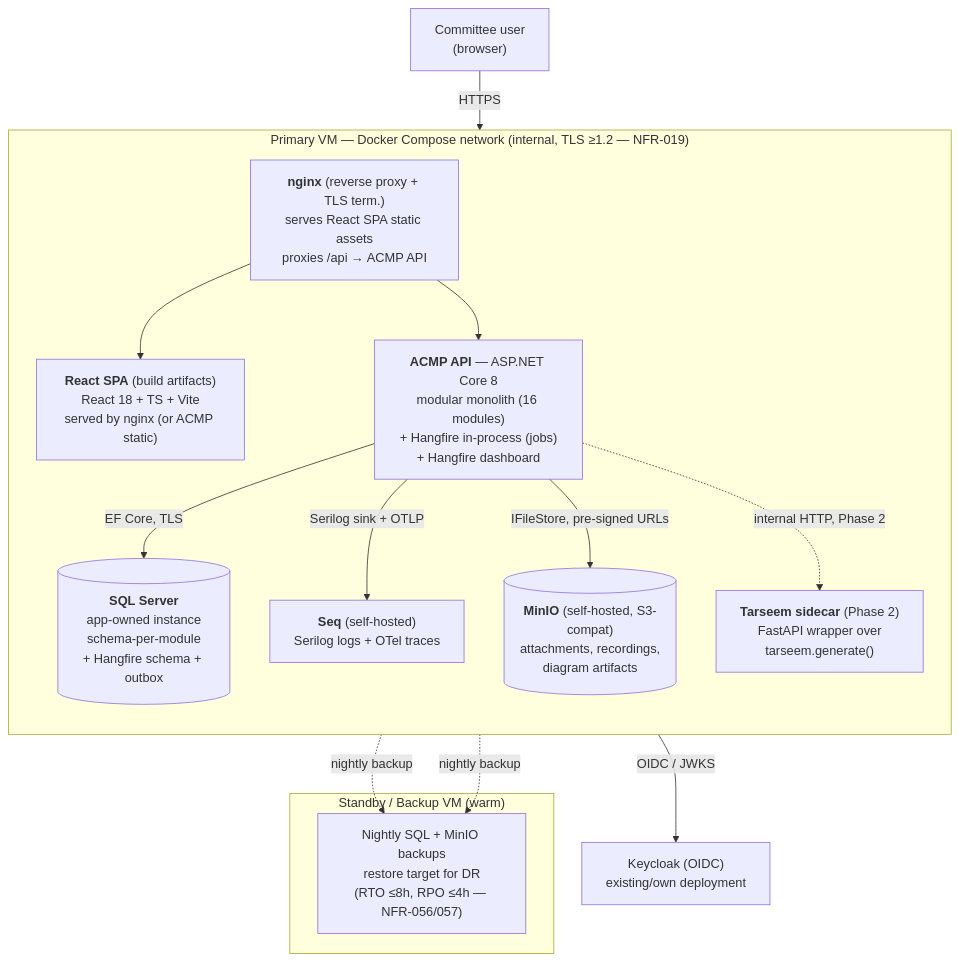
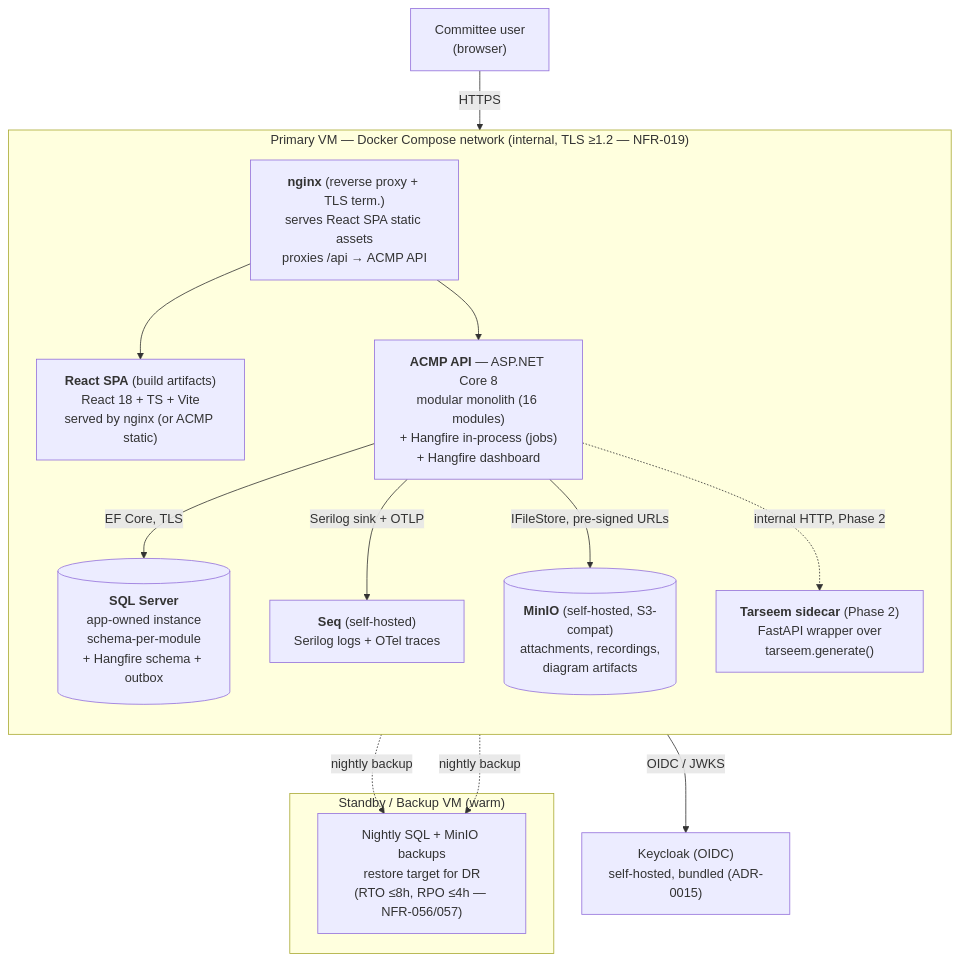
Before and after one commit to A-H-911/acmp: the second of 6 diagrams in docs/15-architecture.md, drawn with Mermaid. The commit also changed other lines of this file and 39 other files, not shown here.

````diff
--- a/docs/15-architecture.md
+++ b/docs/15-architecture.md
@@ -104,33 +104,33 @@
 ```mermaid
 flowchart TB
     user["Committee user<br/>(browser)"]
 
     subgraph VM1["Primary VM — Docker Compose network (internal, TLS ≥1.2 — NFR-019)"]
         direction TB
         nginx["<b>nginx</b> (reverse proxy + TLS term.)<br/>serves React SPA static assets<br/>proxies /api → ACMP API"]
         spa["<b>React SPA</b> (build artifacts)<br/>React 18 + TS + Vite<br/>served by nginx (or ACMP static)"]
         api["<b>ACMP API</b> — ASP.NET Core 8<br/>modular monolith (16 modules)<br/>+ Hangfire in-process (jobs)<br/>+ Hangfire dashboard"]
         sql[("<b>SQL Server</b><br/>app-owned instance<br/>schema-per-module<br/>+ Hangfire schema + outbox")]
         seq["<b>Seq</b> (self-hosted)<br/>Serilog logs + OTel traces"]
         minio[("<b>MinIO</b> (self-hosted, S3-compat)<br/>attachments, recordings,<br/>diagram artifacts")]
         tz["<b>Tarseem sidecar</b> (Phase 2)<br/>FastAPI wrapper over<br/>tarseem.generate()"]
 
         nginx --> spa
         nginx --> api
         api -->|EF Core, TLS| sql
         api -->|Serilog sink + OTLP| seq
         api -->|IFileStore, pre-signed URLs| minio
         api -.->|internal HTTP, Phase 2| tz
     end
 
     subgraph VM2["Standby / Backup VM (warm)"]
         bak["Nightly SQL + MinIO backups<br/>restore target for DR<br/>(RTO ≤8h, RPO ≤4h — NFR-056/057)"]
     end
 
-    kc["Keycloak (OIDC)<br/>existing/own deployment"]
+    kc["Keycloak (OIDC)<br/>self-hosted, bundled (ADR-0015)"]
 
     user -->|HTTPS| nginx
     api -->|OIDC / JWKS| kc
     sql -.->|nightly backup| bak
     minio -.->|nightly backup| bak
 ```
````
